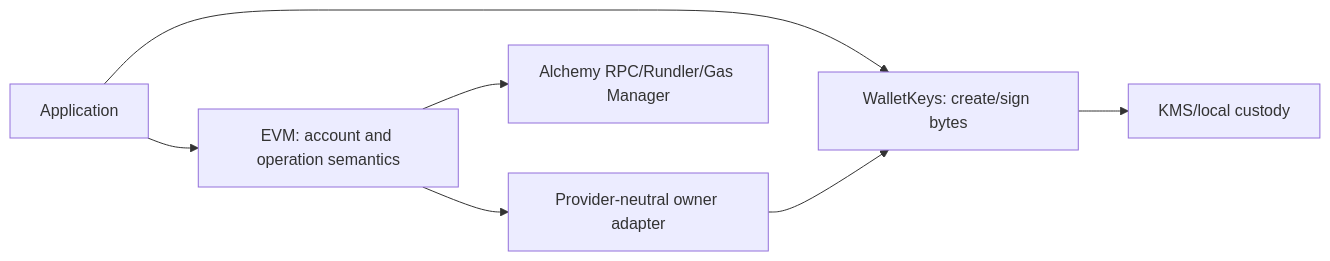
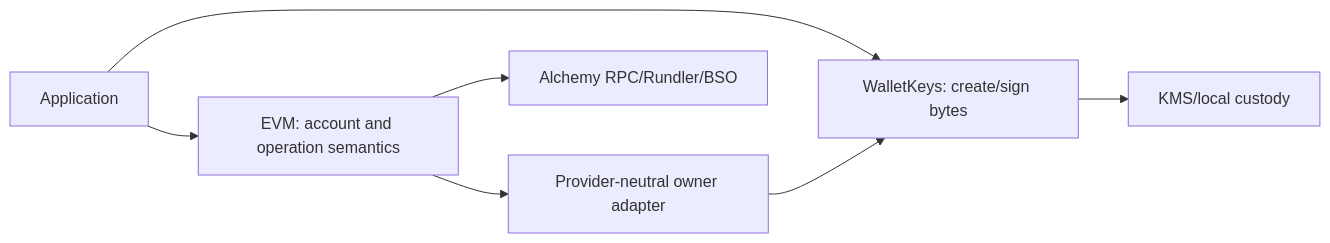
One commit to thenamespace/namera changed the diagram in architecture/packages/chain-custody.md. Above: the diagram before and after it, drawn with Mermaid. The commit also changed other lines of this file and 79 other files, not shown here.

Commit message:
feat(evm): standardize on Alchemy modular accounts

````diff
--- a/architecture/packages/chain-custody.md
+++ b/architecture/packages/chain-custody.md
@@ -36,9 +36,9 @@
 ```mermaid
 flowchart LR
   Application --> WalletKeys[WalletKeys: create/sign bytes]
   Application --> EVM[EVM: account and operation semantics]
   WalletKeys --> Provider[KMS/local custody]
   EVM --> Owner[Provider-neutral owner adapter]
   Owner --> WalletKeys
-  EVM --> RPC[Alchemy RPC/Rundler/Gas Manager]
+  EVM --> RPC[Alchemy RPC/Rundler/BSO]
 ```
````
